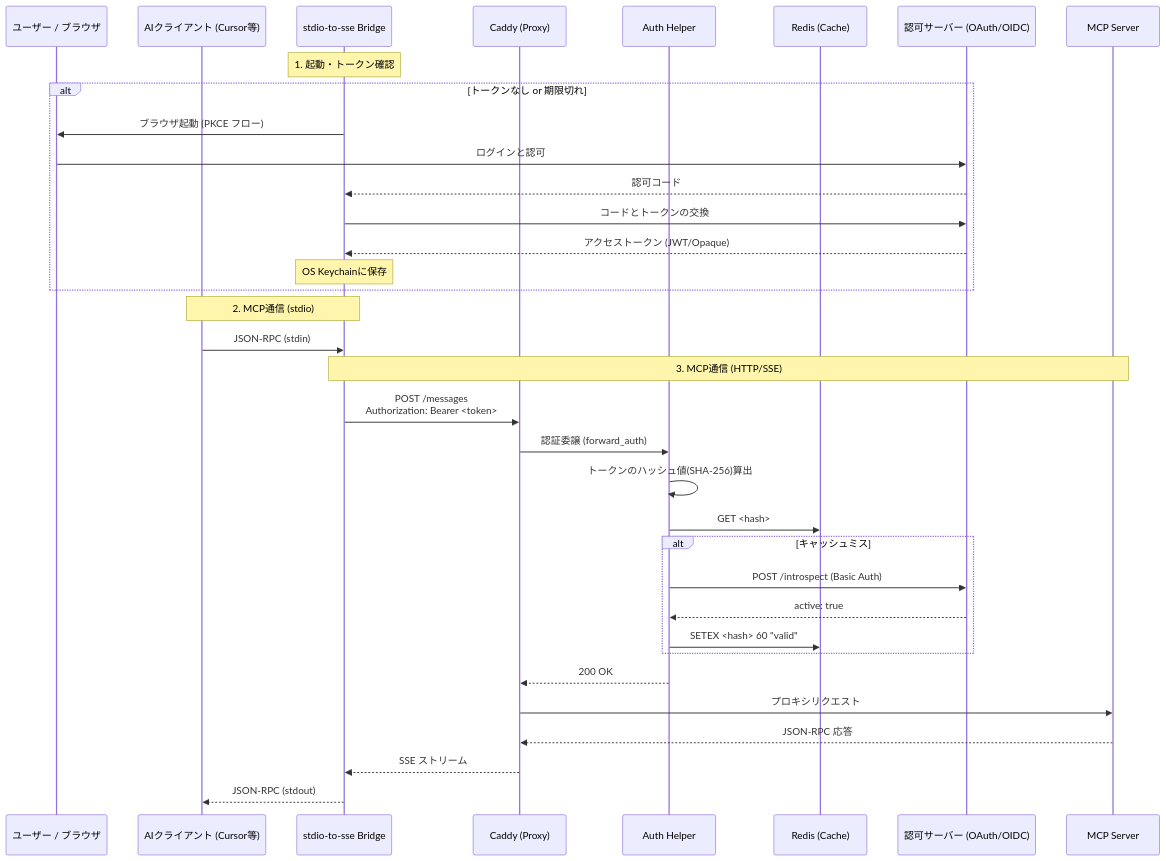
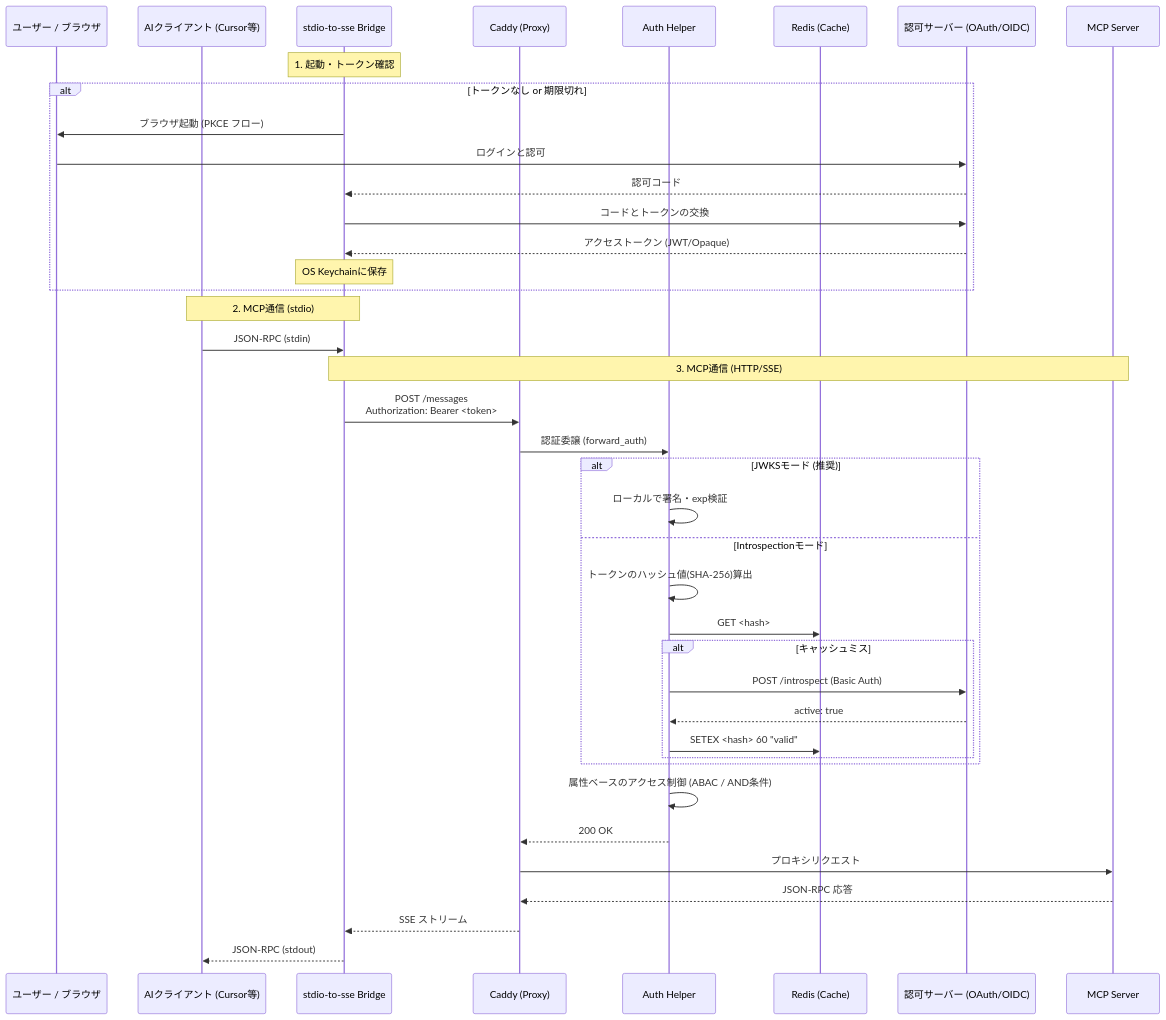
Before and after one commit to ryodocx/remote-rag: the second of 2 diagrams in docs/ARCHITECTURE.md, drawn with Mermaid. The commit also changed other lines of this file and 2 other files, not shown here.

Commit message:
docs: update architecture and setup guides for JWKS and ABAC
Updates ARCHITECTURE.md, OKTA_SETUP.md, and GITLAB_SETUP.md to reflect the recent introduction of the JWKS offline validation mode and the exact behavior of Attribute-Based Access Control (ABAC) using AND logic. Elevates JWKS mode to be the recommended setup path to significantly simplify IdP application registration.

````diff
--- a/docs/ARCHITECTURE.md
+++ b/docs/ARCHITECTURE.md
@@ -37,43 +38,49 @@
 ```mermaid
 sequenceDiagram
     participant User as ユーザー / ブラウザ
     participant AI as AIクライアント (Cursor等)
     participant Bridge as stdio-to-sse Bridge
     participant Caddy as Caddy (Proxy)
     participant Auth as Auth Helper
     participant Redis as Redis (Cache)
     participant IdP as 認可サーバー (OAuth/OIDC)
     participant MCP as MCP Server
 
     Note over Bridge: 1. 起動・トークン確認
     alt トークンなし or 期限切れ
         Bridge->>User: ブラウザ起動 (PKCE フロー)
         User->>IdP: ログインと認可
         IdP-->>Bridge: 認可コード
         Bridge->>IdP: コードとトークンの交換
         IdP-->>Bridge: アクセストークン (JWT/Opaque)
         Note over Bridge: OS Keychainに保存
     end
 
     Note over AI, Bridge: 2. MCP通信 (stdio)
     AI->>Bridge: JSON-RPC (stdin)
     
     Note over Bridge, MCP: 3. MCP通信 (HTTP/SSE)
     Bridge->>Caddy: POST /messages<br/>Authorization: Bearer <token>
     
     Caddy->>Auth: 認証委譲 (forward_auth)
-    Auth->>Auth: トークンのハッシュ値(SHA-256)算出
-    Auth->>Redis: GET <hash>
     
-    alt キャッシュミス
-        Auth->>IdP: POST /introspect (Basic Auth)
-        IdP-->>Auth: active: true
-        Auth->>Redis: SETEX <hash> 60 "valid"
+    alt JWKSモード (推奨)
+        Auth->>Auth: ローカルで署名・exp検証
+    else Introspectionモード
+        Auth->>Auth: トークンのハッシュ値(SHA-256)算出
+        Auth->>Redis: GET <hash>
+        alt キャッシュミス
+            Auth->>IdP: POST /introspect (Basic Auth)
+            IdP-->>Auth: active: true
+            Auth->>Redis: SETEX <hash> 60 "valid"
+        end
     end
+    
+    Auth->>Auth: 属性ベースのアクセス制御 (ABAC / AND条件)
     
     Auth-->>Caddy: 200 OK
     Caddy->>MCP: プロキシリクエスト
     MCP-->>Caddy: JSON-RPC 応答
     Caddy-->>Bridge: SSE ストリーム
     Bridge-->>AI: JSON-RPC (stdout)
 ```
````
